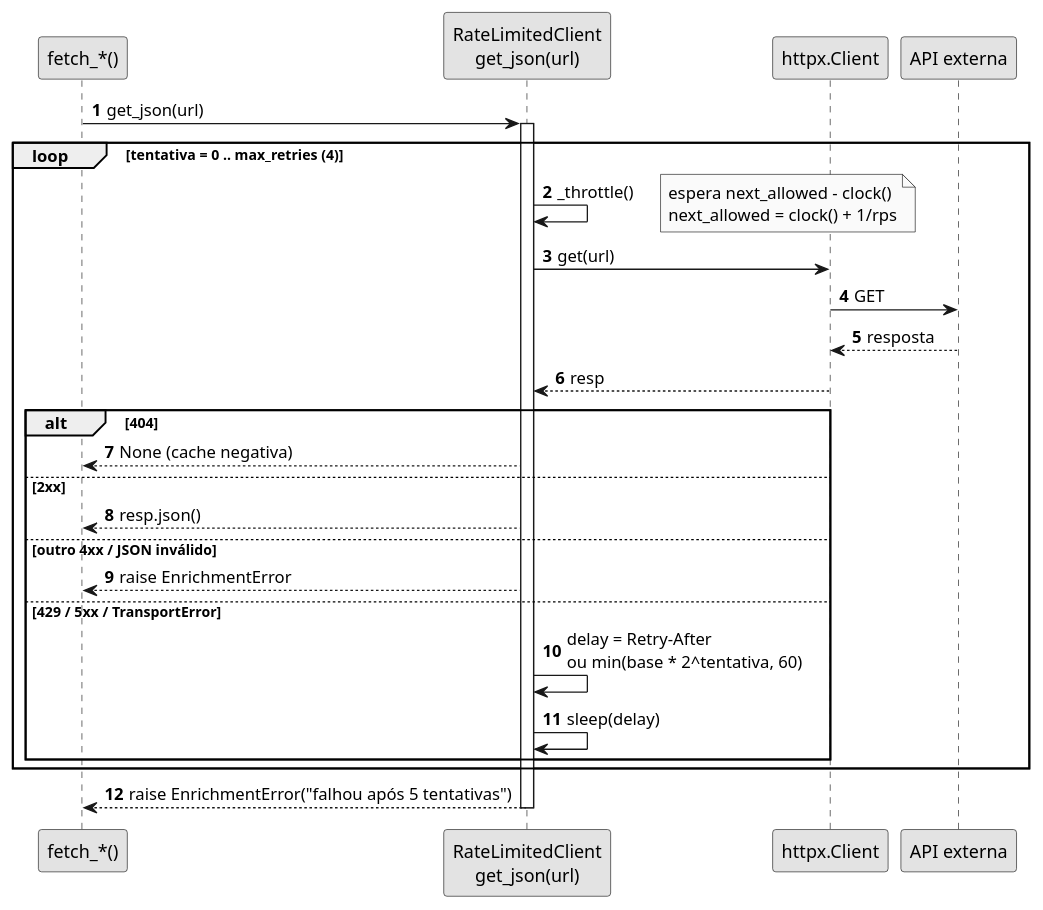
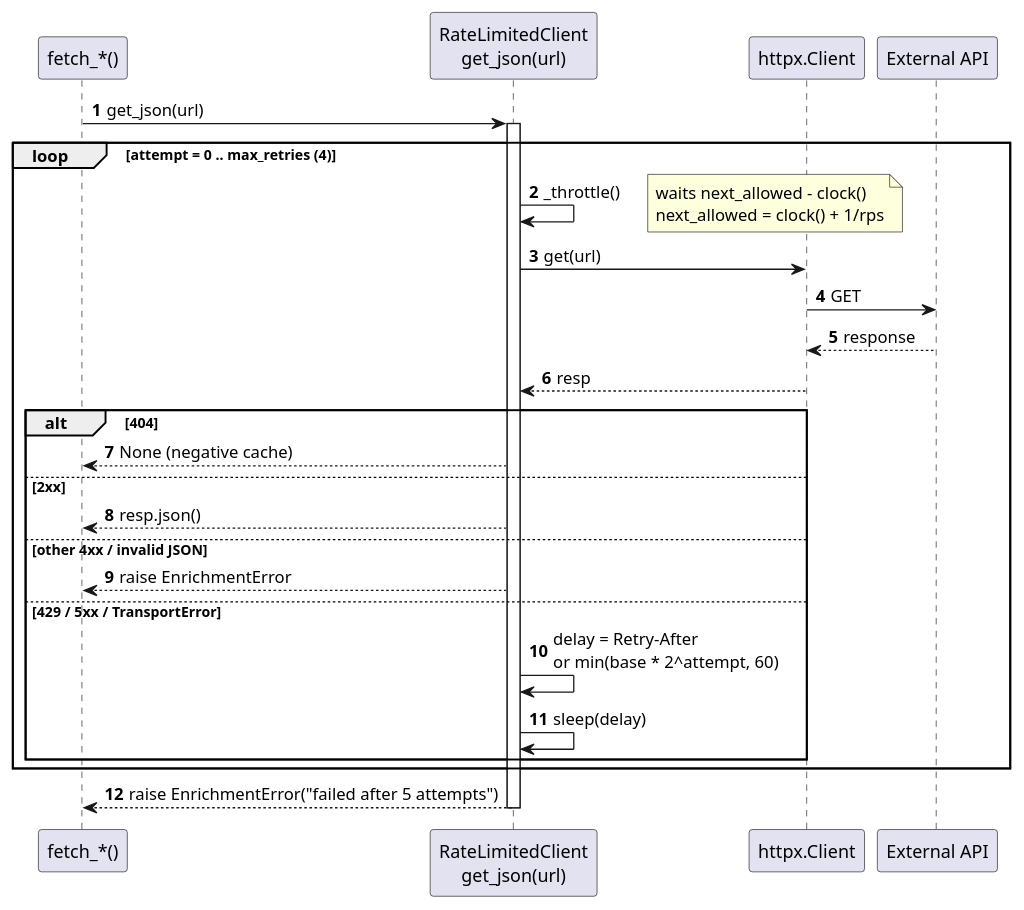
Before and after one commit to miguelsiilva1/SkyTracer: the diagram in docs/system-documentation/use-cases/US05/puml/sd_us05.puml, drawn with PlantUML. The commit also changed 42 other files, not shown here.

```diff
--- a/docs/system-documentation/use-cases/US05/puml/sd_us05.puml
+++ b/docs/system-documentation/use-cases/US05/puml/sd_us05.puml
@@ -1,34 +1,33 @@
 @startuml
 autonumber
-skinparam monochrome true
 participant "fetch_*()" as F
 participant "RateLimitedClient\nget_json(url)" as RL
 participant "httpx.Client" as H
-participant "API externa" as Ext
+participant "External API" as Ext
 
 F -> RL : get_json(url)
 activate RL
-loop tentativa = 0 .. max_retries (4)
+loop attempt = 0 .. max_retries (4)
   RL -> RL : _throttle()
   note right
-    espera next_allowed - clock()
+    waits next_allowed - clock()
     next_allowed = clock() + 1/rps
   end note
   RL -> H : get(url)
   H -> Ext : GET
-  Ext --> H : resposta
+  Ext --> H : response
   H --> RL : resp
   alt 404
-    RL --> F : None (cache negativa)
+    RL --> F : None (negative cache)
   else 2xx
     RL --> F : resp.json()
-  else outro 4xx / JSON inválido
+  else other 4xx / invalid JSON
     RL --> F : raise EnrichmentError
   else 429 / 5xx / TransportError
-    RL -> RL : delay = Retry-After\nou min(base * 2^tentativa, 60)
+    RL -> RL : delay = Retry-After\nor min(base * 2^attempt, 60)
     RL -> RL : sleep(delay)
   end
 end
-RL --> F : raise EnrichmentError("falhou após 5 tentativas")
+RL --> F : raise EnrichmentError("failed after 5 attempts")
 deactivate RL
 @enduml
```
